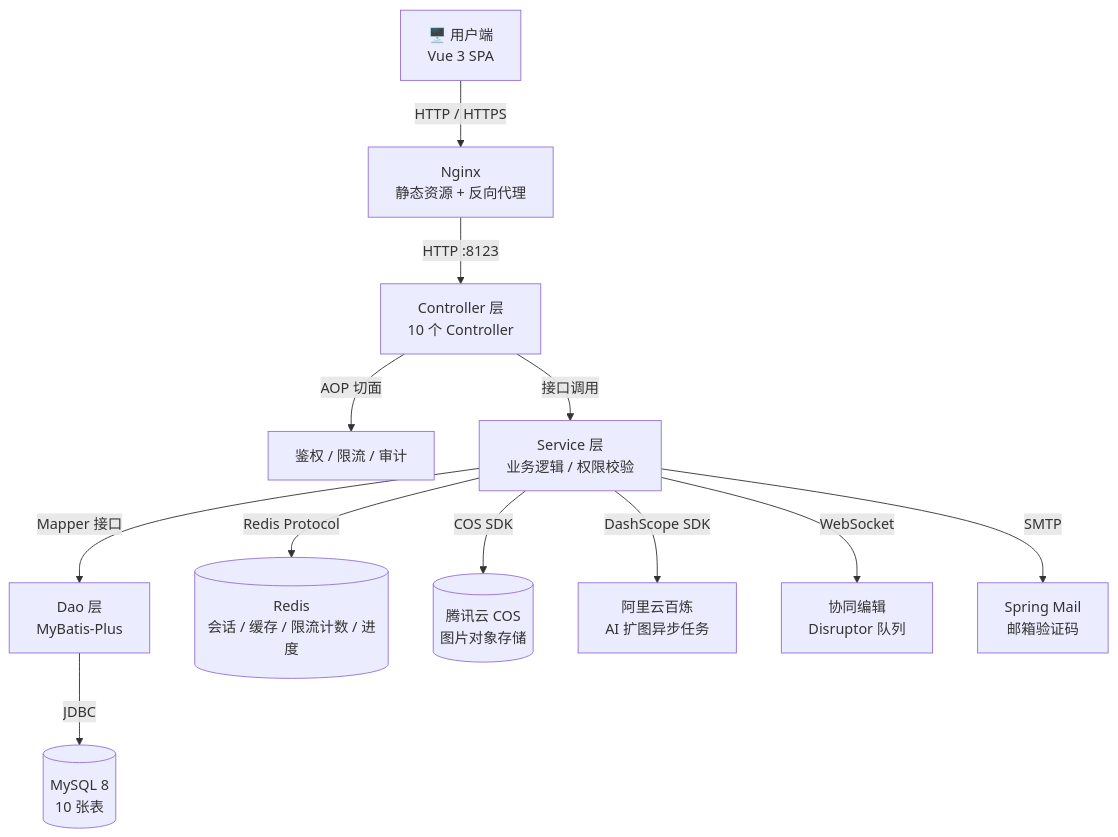
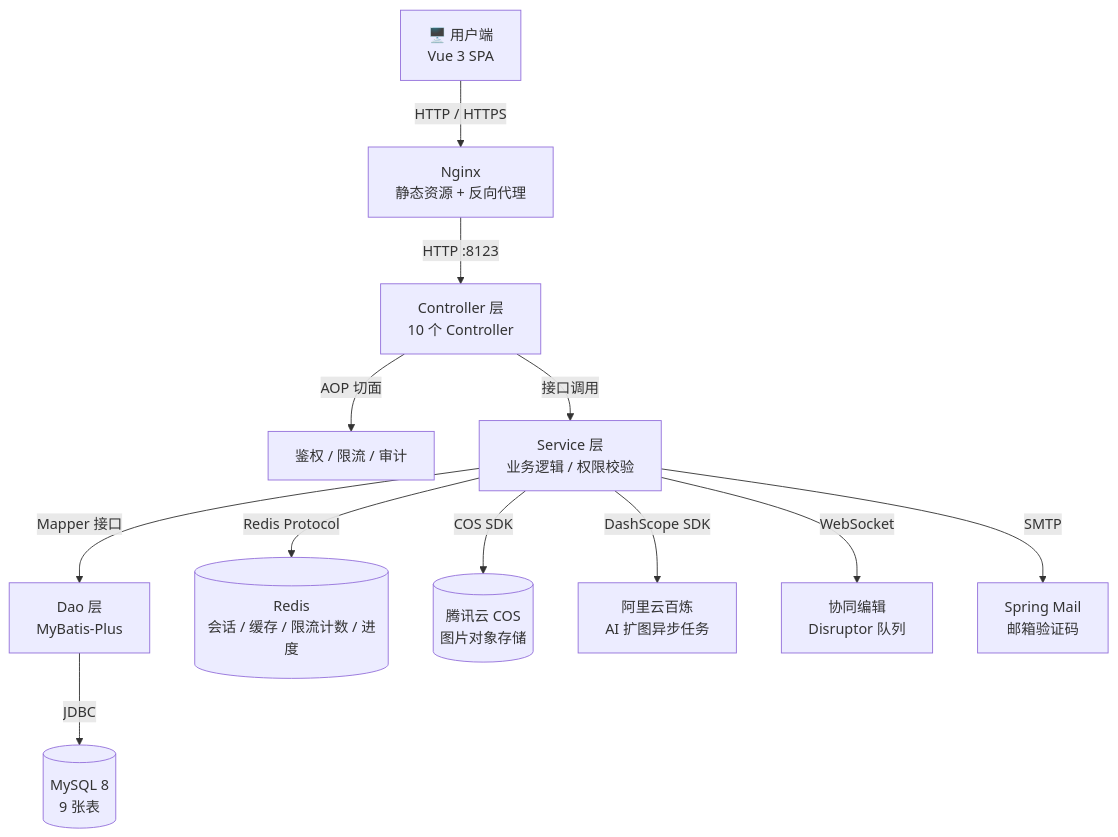
The first of 2 diagrams in README.md (HeJiaxin-bot/visu-picture), drawn with Mermaid before and after one commit. The commit also changed other lines of this file and 11 other files, not shown here.

````diff
--- a/README.md
+++ b/README.md
@@ -110,14 +110,14 @@
 ```mermaid
 graph TD
     U[🖥️ 用户端<br/>Vue 3 SPA] -->|HTTP / HTTPS| N[Nginx<br/>静态资源 + 反向代理]
     N -->|HTTP :8123| C[Controller 层<br/>10 个 Controller]
     C -->|AOP 切面| X[鉴权 / 限流 / 审计]
     C -->|接口调用| S[Service 层<br/>业务逻辑 / 权限校验]
     S -->|Mapper 接口| D[Dao 层<br/>MyBatis-Plus]
-    D -->|JDBC| DB[(MySQL 8<br/>10 张表)]
+    D -->|JDBC| DB[(MySQL 8<br/>9 张表)]
     S -->|Redis Protocol| R[(Redis<br/>会话 / 缓存 / 限流计数 / 进度)]
     S -->|COS SDK| O[(腾讯云 COS<br/>图片对象存储)]
     S -->|DashScope SDK| A[阿里云百炼<br/>AI 扩图异步任务]
     S -->|WebSocket| W[协同编辑<br/>Disruptor 队列]
     S -->|SMTP| M[Spring Mail<br/>邮箱验证码]
 ```
````
